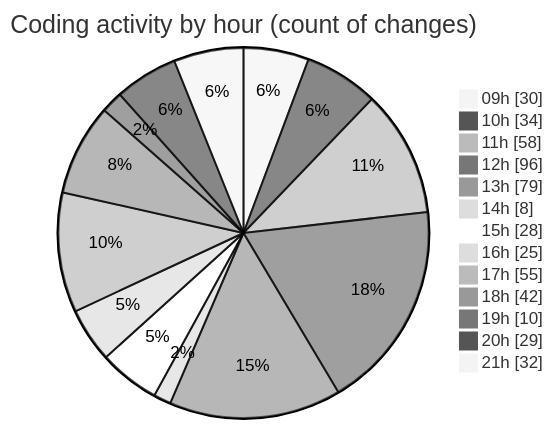
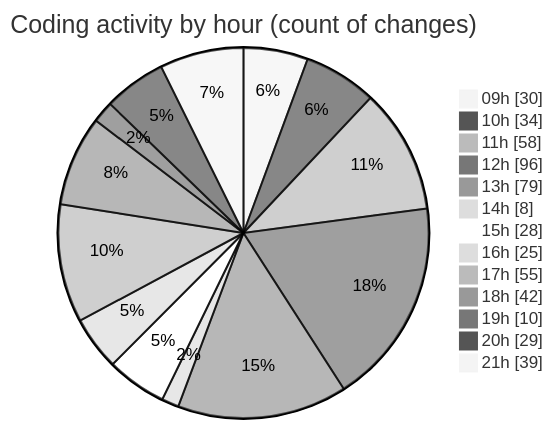
Before and after one commit to momahboobian/code-tracking: the second of 2 diagrams in 2025-04-02/cda/README.md, drawn with Mermaid (neutral theme). The commit also changed other lines of this file and 1 other file, not shown here.

````diff
--- a/2025-04-02/cda/README.md
+++ b/2025-04-02/cda/README.md
@@ -40,17 +40,17 @@
 ```mermaid
 pie showData
 title Coding activity by hour (count of changes)
 "09h" : 30
 "10h" : 34
 "11h" : 58
 "12h" : 96
 "13h" : 79
 "14h" : 8
 "15h" : 28
 "16h" : 25
 "17h" : 55
 "18h" : 42
 "19h" : 10
 "20h" : 29
-"21h" : 32
+"21h" : 39
 ```
````
